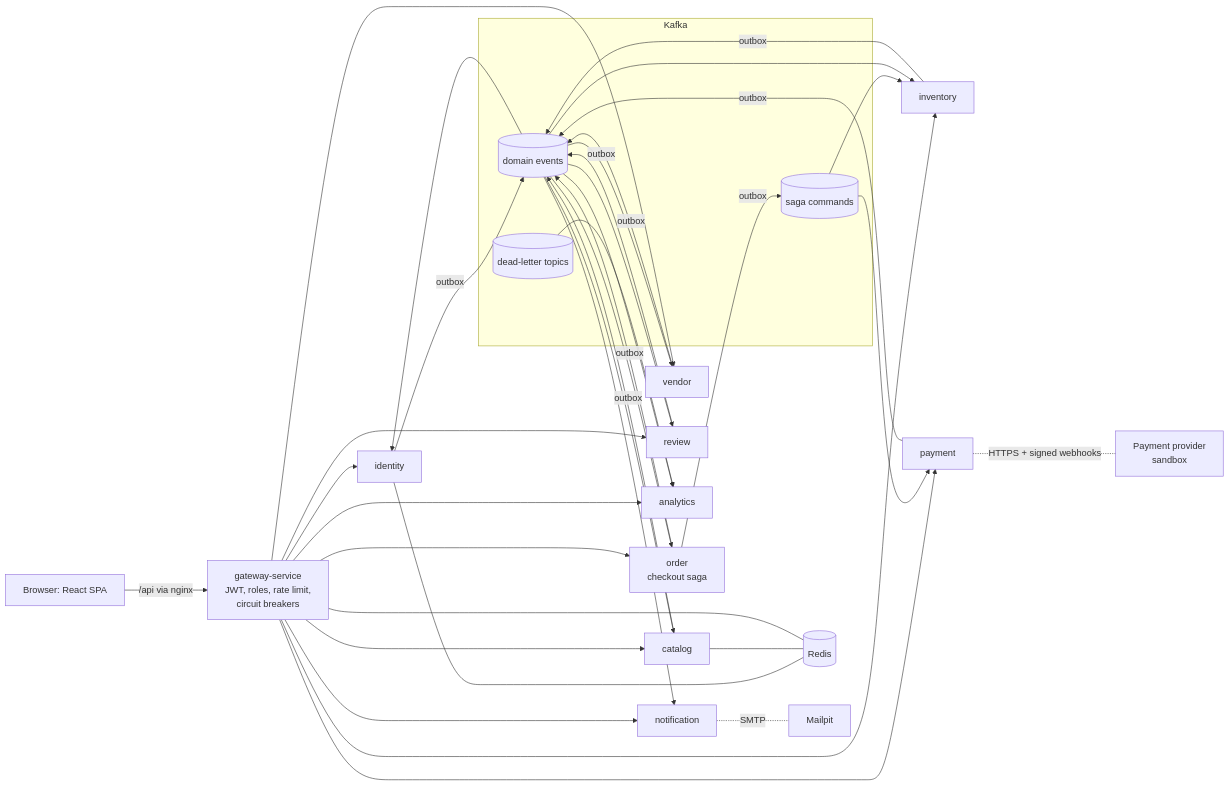
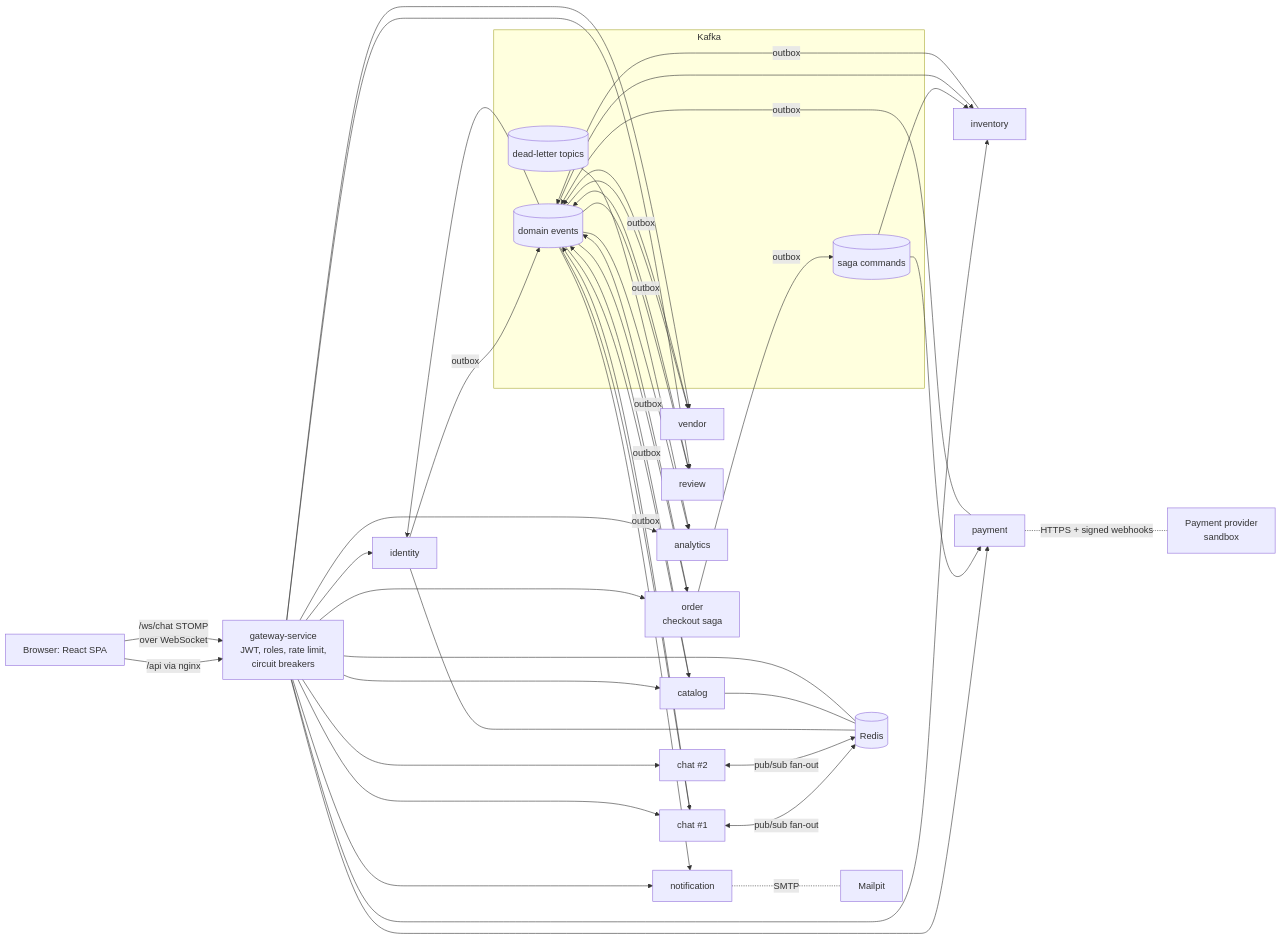
The first of 5 diagrams in README.md (Dimple9812/MV-E-commerce), drawn with Mermaid before and after one commit. The commit also changed other lines of this file and 4 other files, not shown here.

````diff
--- a/README.md
+++ b/README.md
@@ -89,31 +103,36 @@
 ```mermaid
 flowchart LR
     browser[Browser: React SPA] -->|/api via nginx| gw[gateway-service<br/>JWT, roles, rate limit,<br/>circuit breakers]
     gw --> idn[identity]
     gw --> ven[vendor]
     gw --> cat[catalog]
     gw --> inv[inventory]
     gw --> ord[order<br/>checkout saga]
     gw --> pay[payment]
     gw --> ntf[notification]
     gw --> rev[review]
     gw --> ana[analytics]
+    browser -->|/ws/chat STOMP<br/>over WebSocket| gw
+    gw --> chat1[chat #1]
+    gw --> chat2[chat #2]
+    chat1 <-->|pub/sub fan-out| r[(Redis)]
+    chat2 <-->|pub/sub fan-out| r
 
     subgraph kafka[Kafka]
         t1[(domain events)]
         t2[(saga commands)]
         t3[(dead-letter topics)]
     end
 
-    idn & ven & cat & inv & ord & pay & rev -- outbox --> t1
+    idn & ven & cat & inv & ord & pay & rev & chat1 -- outbox --> t1
     ord -- outbox --> t2
     t2 --> inv & pay
-    t1 --> ord & cat & inv & ven & idn & ntf & rev & ana
+    t1 --> ord & cat & inv & ven & idn & ntf & rev & ana & chat1
     t3 --> ana
 
     idn --- r[(Redis)]
     cat --- r
     gw --- r
     pay -. HTTPS + signed webhooks .- psp[Payment provider<br/>sandbox]
     ntf -. SMTP .- mail[Mailpit]
 ```
````
